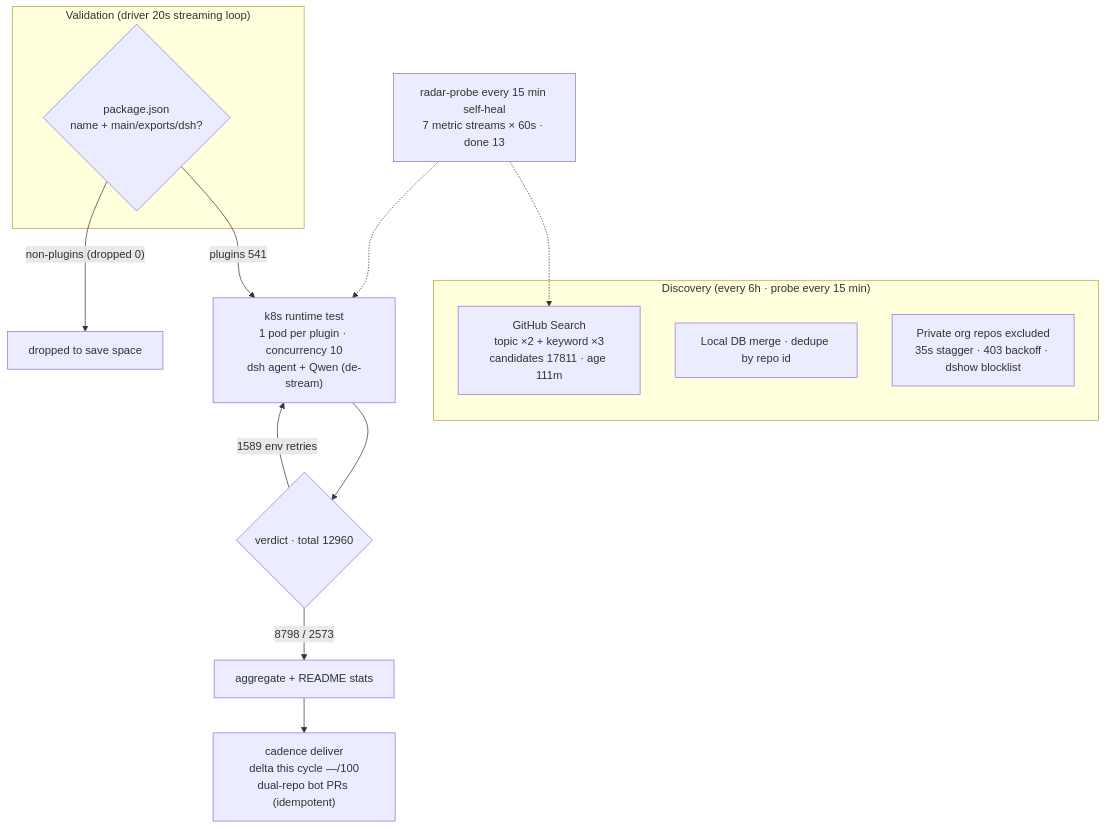
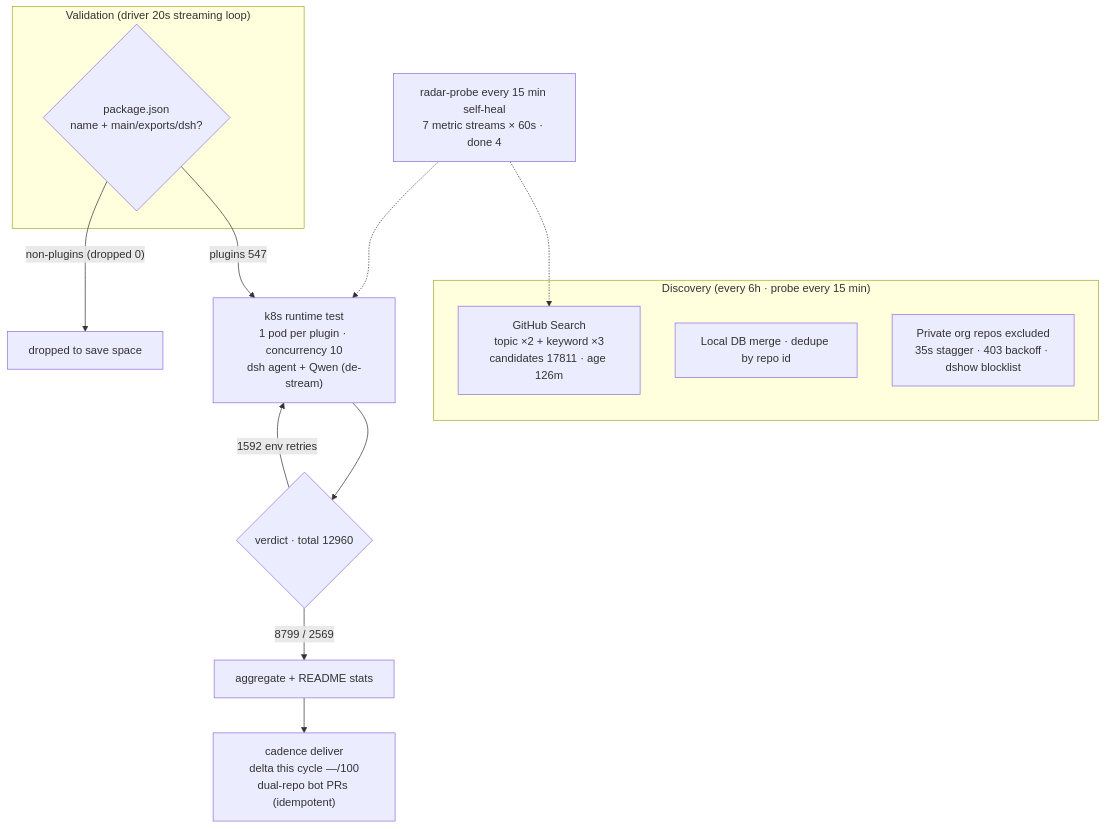
One commit to AdamPlatin123/awesome-dsh-plugins changed the diagram in README.en-US.md. Above: the diagram before and after it, drawn with Mermaid. The commit also changed other lines of this file and 5 other files, not shown here.

````diff
--- a/README.en-US.md
+++ b/README.en-US.md
@@ -45,20 +45,20 @@
 ```mermaid
 flowchart TB
     subgraph Discovery["Discovery (every 6h · probe every 15 min)"]
-        A1["GitHub Search<br/>topic ×2 + keyword ×3<br/>candidates 17811 · age 111m"]
+        A1["GitHub Search<br/>topic ×2 + keyword ×3<br/>candidates 17811 · age 126m"]
         A2["Local DB merge · dedupe by repo id"]
         A3["Private org repos excluded<br/>35s stagger · 403 backoff · dshow blocklist"]
     end
     subgraph Validation["Validation (driver 20s streaming loop)"]
         B1{"package.json<br/>name + main/exports/dsh?"}
     end
-    B1 -->|"plugins 541"| C1["k8s runtime test<br/>1 pod per plugin · concurrency 10<br/>dsh agent + Qwen (de-stream)"]
+    B1 -->|"plugins 547"| C1["k8s runtime test<br/>1 pod per plugin · concurrency 10<br/>dsh agent + Qwen (de-stream)"]
     B1 -->|"non-plugins (dropped 0)"| B3["dropped to save space"]
     C1 --> D1{"verdict · total 12960"}
-    D1 -->|"8798 / 2573"| E1["aggregate + README stats"]
-    D1 -->|"1589 env retries"| C1
+    D1 -->|"8799 / 2569"| E1["aggregate + README stats"]
+    D1 -->|"1592 env retries"| C1
     E1 --> E2["cadence deliver<br/>delta this cycle —/100<br/>dual-repo bot PRs (idempotent)"]
-    M["radar-probe every 15 min self-heal<br/>7 metric streams × 60s · done 13"]
+    M["radar-probe every 15 min self-heal<br/>7 metric streams × 60s · done 4"]
     M -.-> A1
     M -.-> C1
 ```
````
